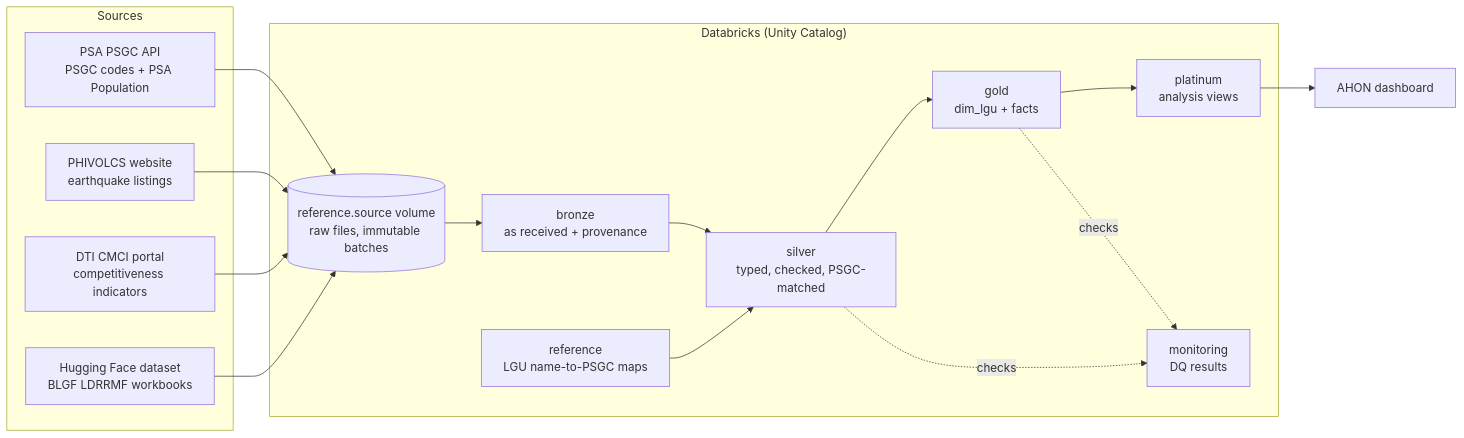
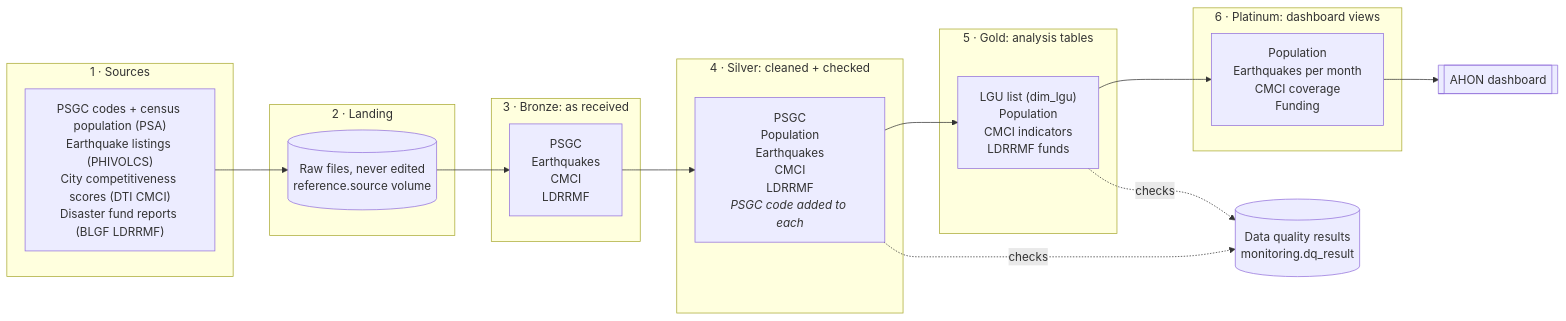
Before and after one commit to Project-AHON/AHON-Pipeline: the diagram in docs/architecture/overview.md, drawn with Mermaid. The commit also changed other lines of this file and 2 other files, not shown here.

Commit message:
updated readme, glossary, overview

````diff
--- a/docs/architecture/overview.md
+++ b/docs/architecture/overview.md
@@ -7,30 +7,27 @@
 ```mermaid
 flowchart LR
-  subgraph Sources
-    PSA[PSA PSGC API<br/>PSGC codes + PSA Population]
-    PHV[PHIVOLCS website<br/>earthquake listings]
-    DTI[DTI CMCI portal<br/>competitiveness indicators]
-    HF[Hugging Face dataset<br/>BLGF LDRRMF workbooks]
+  subgraph SRC["1 · Sources"]
+    s["PSGC codes + census population (PSA)<br/>Earthquake listings (PHIVOLCS)<br/>City competitiveness scores (DTI CMCI)<br/>Disaster fund reports (BLGF LDRRMF)"]
   end
+  subgraph LAND["2 · Landing"]
+    l[("Raw files, never edited<br/>reference.source volume")]
+  end
+  subgraph BRONZE["3 · Bronze: as received"]
+    b["PSGC<br/>Earthquakes<br/>CMCI<br/>LDRRMF"]
+  end
+  subgraph SILVER["4 · Silver: cleaned + checked"]
+    v["PSGC<br/>Population<br/>Earthquakes<br/>CMCI<br/>LDRRMF<br/><i>PSGC code added to each</i>"]
+  end
+  subgraph GOLD["5 · Gold: analysis tables"]
+    g["LGU list (dim_lgu)<br/>Population<br/>CMCI indicators<br/>LDRRMF funds"]
+  end
+  subgraph PLAT["6 · Platinum: dashboard views"]
+    p["Population<br/>Earthquakes per month<br/>CMCI coverage<br/>Funding"]
+  end
+  DASH[["AHON dashboard"]]
+  DQ[("Data quality results<br/>monitoring.dq_result")]
 
-  subgraph Databricks["Databricks (Unity Catalog)"]
-    VOL[(reference.source volume<br/>raw files, immutable batches)]
-    BR[bronze<br/>as received + provenance]
-    SV[silver<br/>typed, checked, PSGC-matched]
-    REF[reference<br/>LGU name-to-PSGC maps]
-    GD[gold<br/>dim_lgu + facts]
-    PT[platinum<br/>analysis views]
-    MON[monitoring<br/>DQ results]
-  end
-
-  DASH[AHON dashboard]
-
-  PSA --> VOL
-  PHV --> VOL
-  DTI --> VOL
-  HF --> VOL
-  VOL --> BR --> SV --> GD --> PT --> DASH
-  REF --> SV
-  SV -. checks .-> MON
-  GD -. checks .-> MON
+  s --> l --> b --> v --> g --> p --> DASH
+  v -. checks .-> DQ
+  g -. checks .-> DQ
 ```
````
